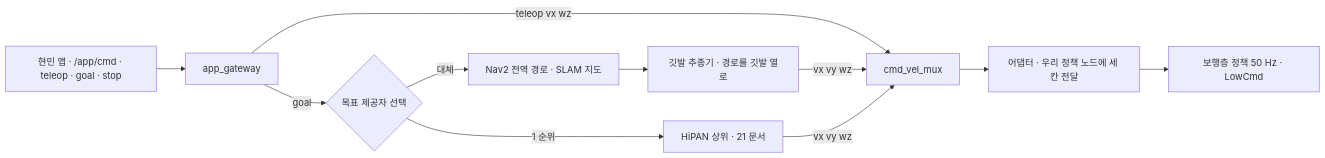
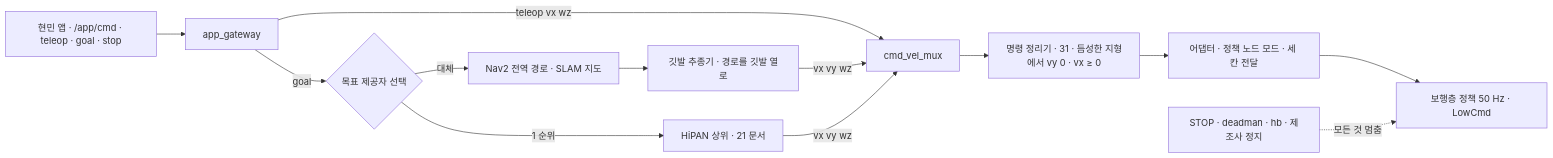
One commit to foothold-project/foothold-lab changed the diagram in inbox/jay/20261019-design/23-NAV2-FALLBACK.md. Above: the diagram before and after it, drawn with Mermaid. The commit also changed other lines of this file and 25 other files, not shown here.

````diff
--- a/inbox/jay/20261019-design/23-NAV2-FALLBACK.md
+++ b/inbox/jay/20261019-design/23-NAV2-FALLBACK.md
@@ -11,13 +15,15 @@
 ```mermaid
 flowchart LR
   APP[현민 앱 · /app/cmd · teleop · goal · stop] --> GW[app_gateway]
   GW -- teleop vx wz --> MUX[cmd_vel_mux]
   GW -- goal --> SEL{목표 제공자 선택}
   SEL -- 1 순위 --> HIPAN[HiPAN 상위 · 21 문서]
   SEL -- 대체 --> NAV2[Nav2 전역 경로 · SLAM 지도]
   NAV2 --> FF[깃발 추종기 · 경로를 깃발 열로]
   FF -- vx vy wz --> MUX
   HIPAN -- vx vy wz --> MUX
-  MUX --> ADP[어댑터 · 우리 정책 노드에 세 칸 전달]
+  MUX --> CLEAN[명령 정리기 · 31 · 듬성한 지형에서 vy 0 · vx ≥ 0]
+  CLEAN --> ADP[어댑터 · 정책 노드 모드 · 세 칸 전달]
   ADP --> POL[보행층 정책 50 Hz · LowCmd]
+  STOP[STOP · deadman · hb · 제조사 정지] -.모든 것 멈춤.-> POL
 ```
````
